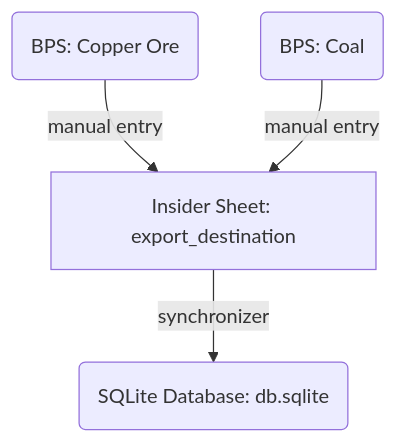
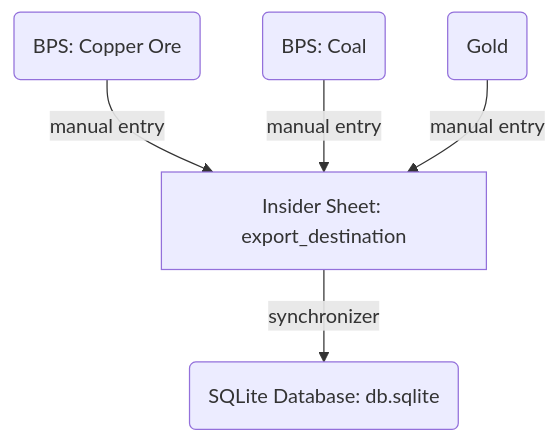
One commit to supertypeai/coalresearch changed the first of 3 diagrams in README.md. Above: the diagram before and after it, drawn with Mermaid. The commit also changed 3 other files, not shown here.

````diff
--- a/README.md
+++ b/README.md
@@ -133,11 +133,12 @@
 ```mermaid
 graph TD
   A1(BPS: Copper Ore) -->|manual entry| B
   A2(BPS: Coal) -->|manual entry| B
+  A3(Gold) -->|manual entry| B
   B[Insider Sheet: export_destination] -->|synchronizer| C(SQLite Database: db.sqlite)
 
   %% Add clickable links to each node
   click A1 "https://www.bps.go.id/en/statistics-table/1/MTAzMiMx/exports-of-copper-ore-by-major-countries-of-destination--2012-2023.html" _blank
   click A2 "https://www.bps.go.id/en/statistics-table/1/MTAzNCMx/exports-of-coal-by-major-countries-of-destination--2012-2023.html" _blank
   click B "https://docs.google.com/spreadsheets/d/19wfJ2fc9qKeR22dMIO2rEQLkit8E4bGsHA1u0USqTQk/edit?gid=847935271#gid=847935271" _blank
 ```
````
